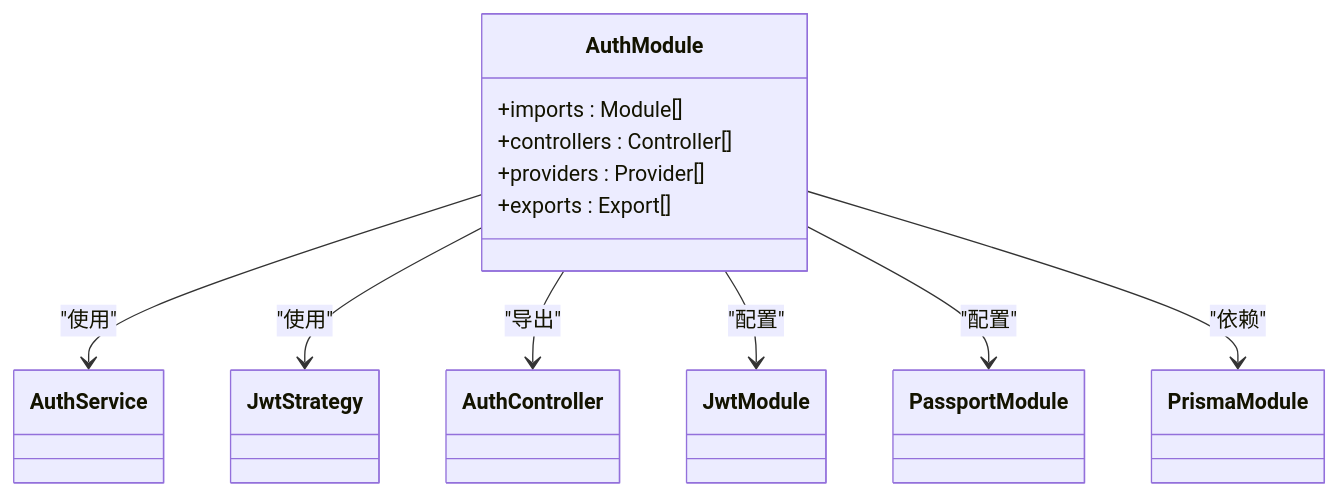
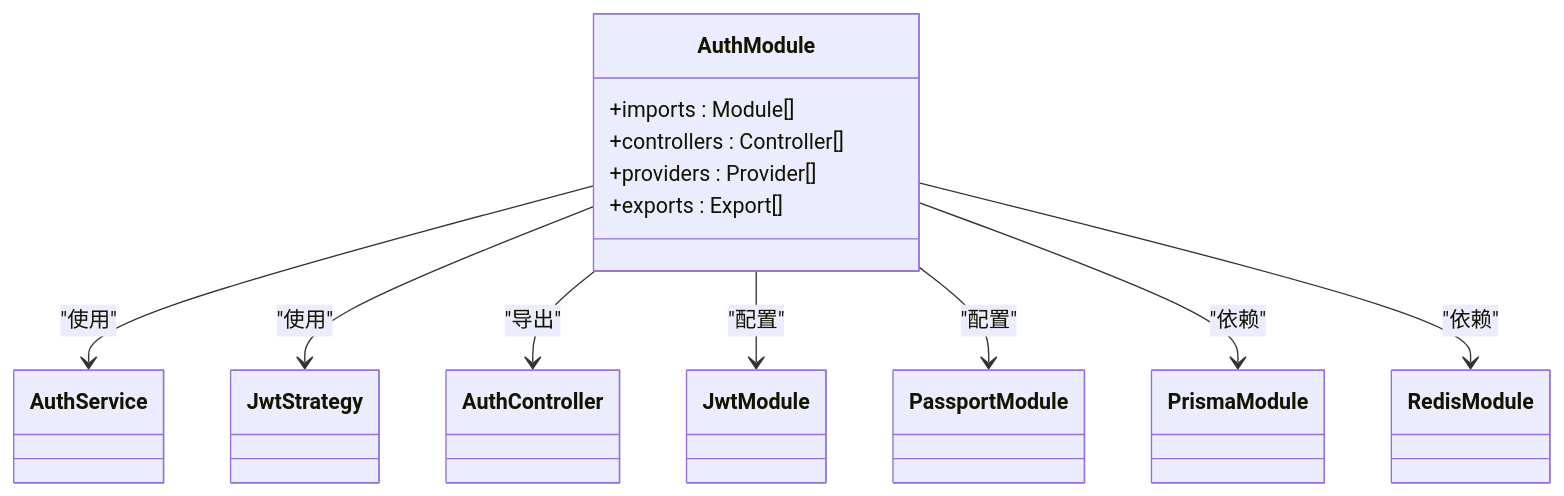
One commit to xixixiaoyu/vue3-nest-template changed the third of 8 diagrams in .qoder/repowiki/zh/content/后端服务/认证模块.md. Above: the diagram before and after it, drawn with Mermaid. The commit also changed other lines of this file and 5 other files, not shown here.

````diff
--- a/.qoder/repowiki/zh/content/后端服务/认证模块.md
+++ b/.qoder/repowiki/zh/content/后端服务/认证模块.md
@@ -115,15 +123,16 @@
 ```mermaid
 classDiagram
 class AuthModule {
 +imports : Module[]
 +controllers : Controller[]
 +providers : Provider[]
 +exports : Export[]
 }
 AuthModule --> AuthService : "使用"
 AuthModule --> JwtStrategy : "使用"
 AuthModule --> AuthController : "导出"
 AuthModule --> JwtModule : "配置"
 AuthModule --> PassportModule : "配置"
 AuthModule --> PrismaModule : "依赖"
+AuthModule --> RedisModule : "依赖"
 ```
````
